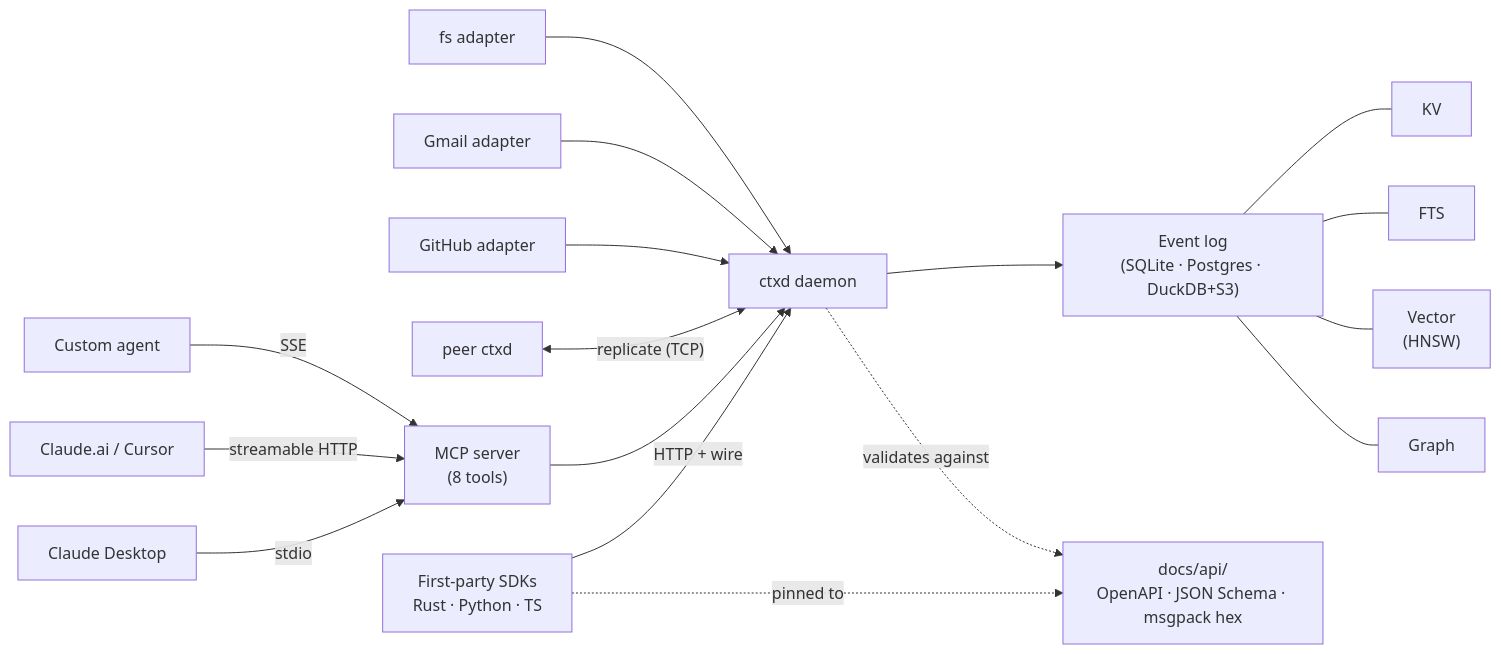
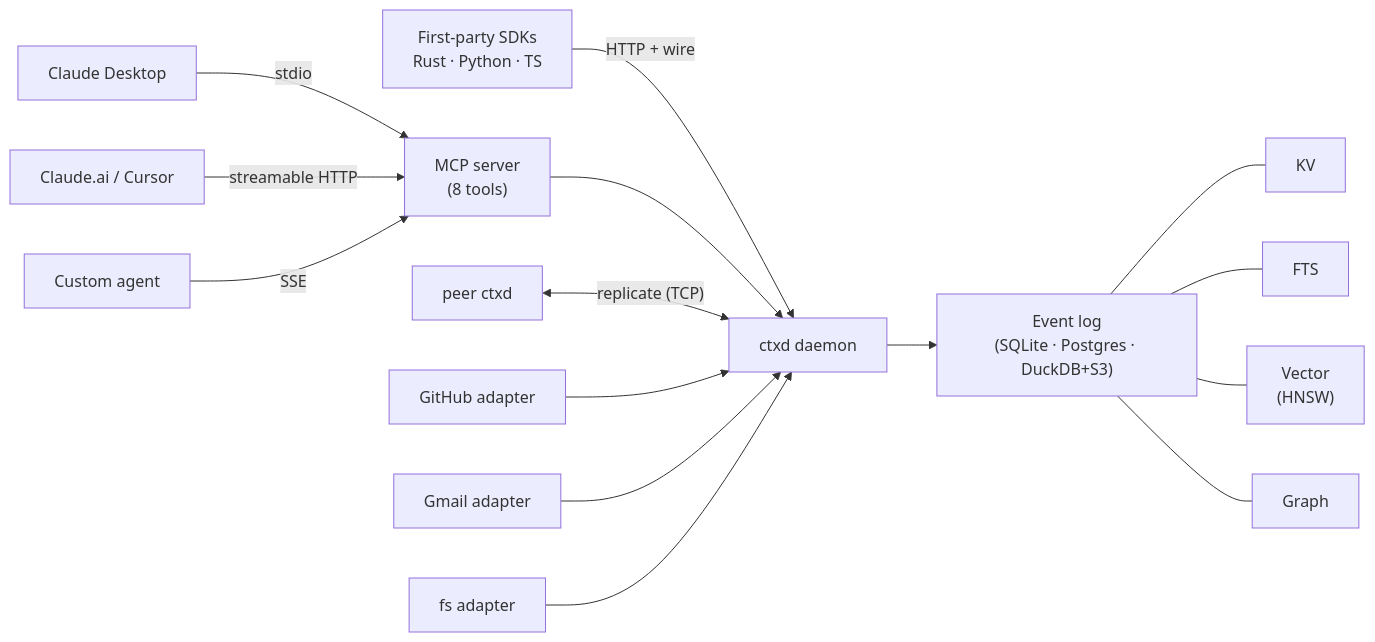
The diagram in README.md (keeprlabs/ctxd), drawn with Mermaid before and after one commit. The commit also changed other lines of this file, not shown here.

````diff
--- a/README.md
+++ b/README.md
@@ -7,19 +54,17 @@
 ```mermaid
 flowchart LR
     A1["Claude Desktop"] -->|"stdio"| MCP
     A2["Claude.ai / Cursor"] -->|"streamable HTTP"| MCP
     A3["Custom agent"] -->|"SSE"| MCP
     SDK["First-party SDKs<br/>Rust · Python · TS"] -->|"HTTP + wire"| CTXD
     MCP["MCP server<br/>(8 tools)"] --> CTXD["ctxd daemon"]
     PEER["peer ctxd"] <-->|"replicate (TCP)"| CTXD
     GH["GitHub adapter"] --> CTXD
     GM["Gmail adapter"] --> CTXD
     FS["fs adapter"] --> CTXD
     CTXD --> LOG["Event log<br/>(SQLite · Postgres · DuckDB+S3)"]
     LOG --- KV["KV"]
     LOG --- FTS["FTS"]
     LOG --- VEC["Vector<br/>(HNSW)"]
     LOG --- GRAPH["Graph"]
-    SDK -. "pinned to" .-> API["docs/api/<br/>OpenAPI · JSON Schema · msgpack hex"]
-    CTXD -. "validates against" .-> API
 ```
````
